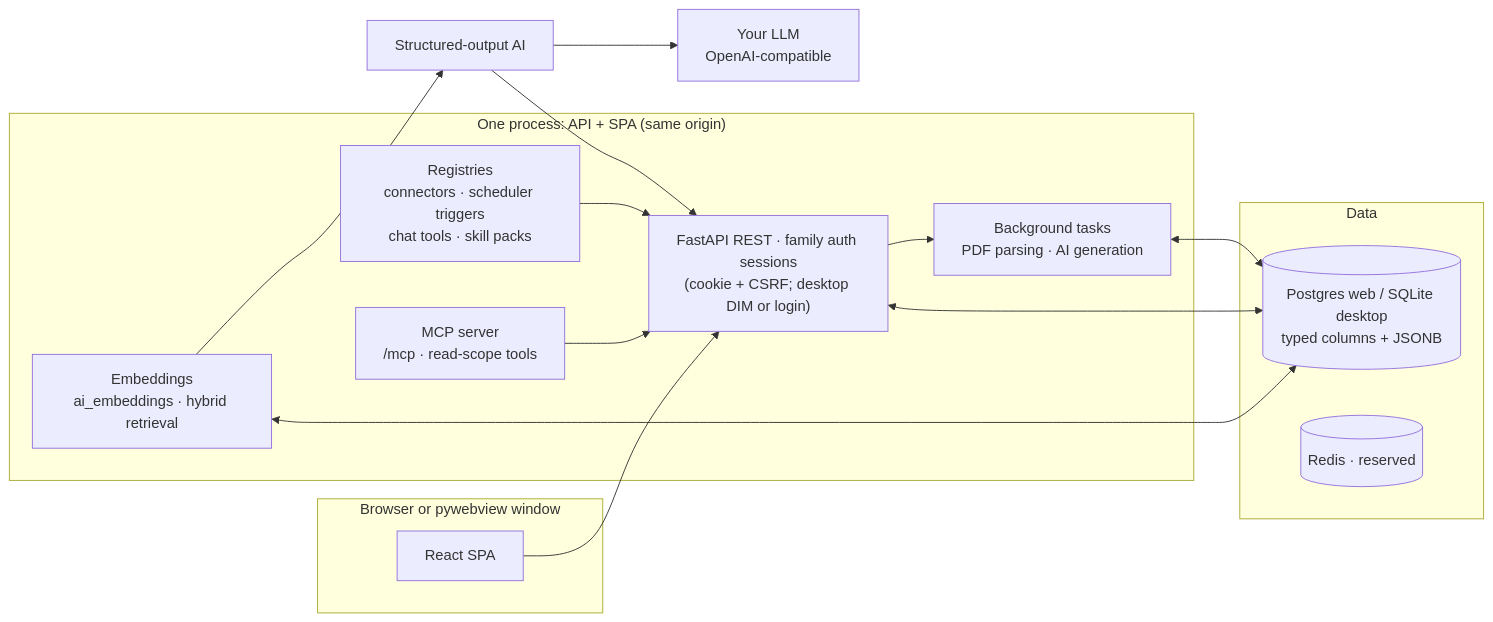
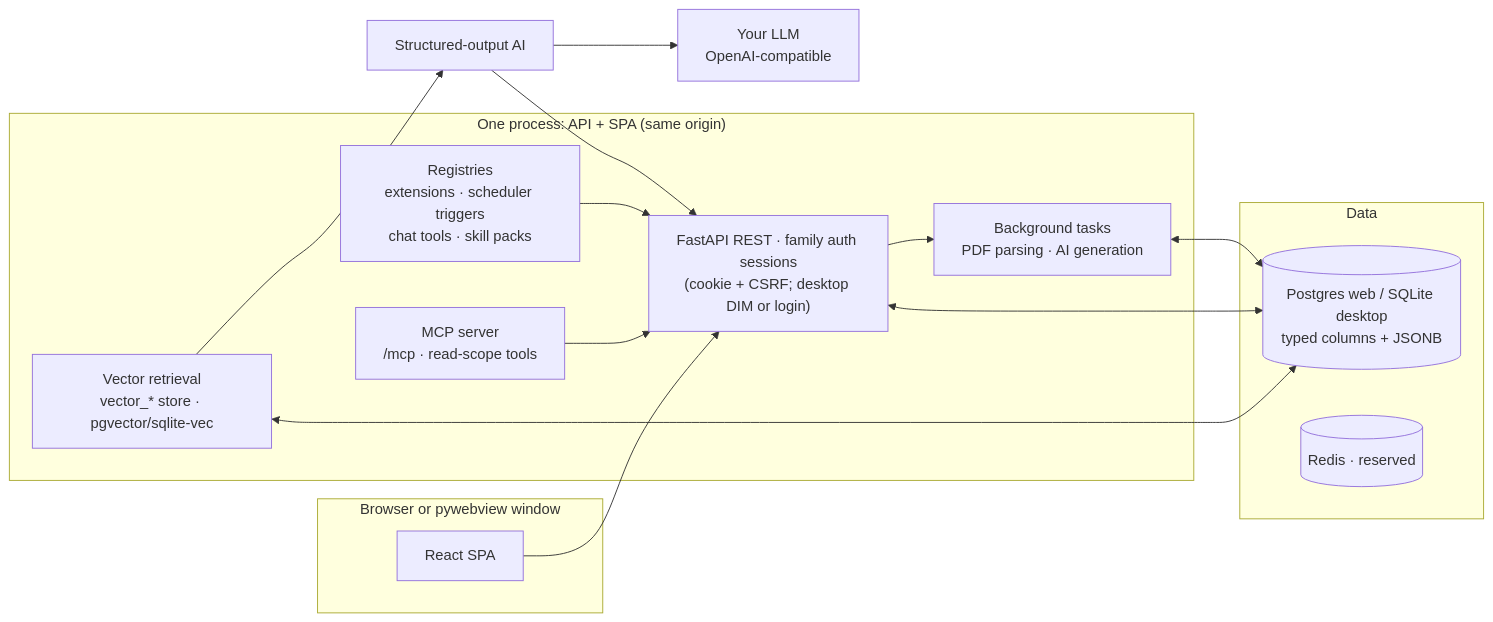
One commit to neuronection/career-assistant changed the diagram in docs/dev/architecture.md. Above: the diagram before and after it, drawn with Mermaid. The commit also changed other lines of this file and 1920 other files, not shown here.

````diff
--- a/docs/dev/architecture.md
+++ b/docs/dev/architecture.md
@@ -27,29 +27,29 @@
 ```mermaid
 flowchart LR
     subgraph Client["Browser or pywebview window"]
         FE[React SPA]
     end
     subgraph Server["One process: API + SPA (same origin)"]
         API["FastAPI REST · family auth sessions<br/>(cookie + CSRF; desktop DIM or login)"]
         BG[Background tasks<br/>PDF parsing · AI generation]
-        REG[Registries<br/>connectors · scheduler triggers<br/>chat tools · skill packs]
+        REG[Registries<br/>extensions · scheduler triggers<br/>chat tools · skill packs]
         MCP[MCP server<br/>/mcp · read-scope tools]
-        EMB[Embeddings<br/>ai_embeddings · hybrid retrieval]
+        EMB[Vector retrieval<br/>vector_* store · pgvector/sqlite-vec]
     end
     subgraph Data
         DB[(Postgres web / SQLite desktop<br/>typed columns + JSONB)]
         RQ[(Redis · reserved)]
     end
     LLM[Your LLM<br/>OpenAI-compatible]
 
     FE --> API
     API <--> DB
     API --> BG
     BG <--> DB
     REG --> API
     AG[Structured-output AI] --> LLM
     AG --> API
     MCP --> API
     EMB <--> DB
     EMB --> AG
 ```
````
